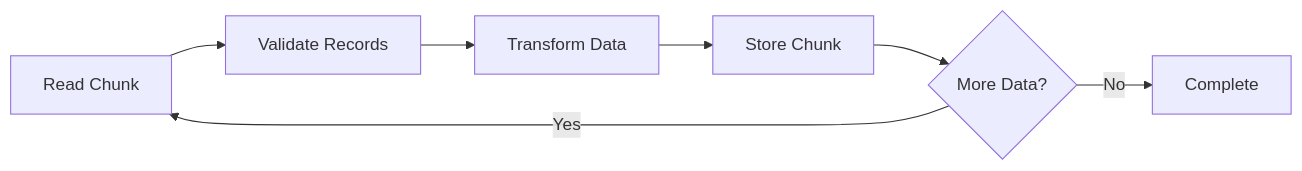
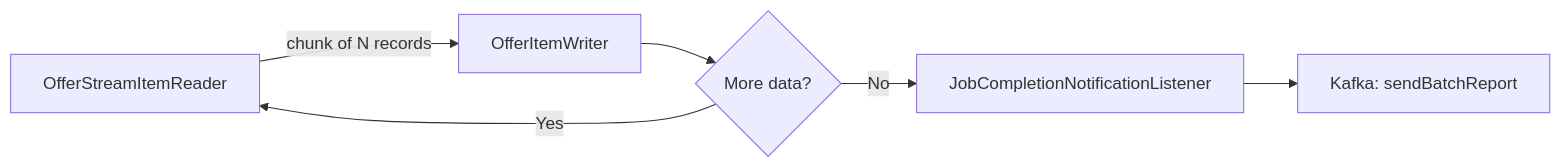
The fifth of 11 diagrams in ingestion-functional.MD (LiquidCars/lcIngestionAPI), drawn with Mermaid before and after one commit. The commit also changed other lines of this file, not shown here.

````diff
--- a/ingestion-functional.MD
+++ b/ingestion-functional.MD
@@ -238,9 +211,8 @@
 ```mermaid
 graph LR
-    A[Read Chunk] --> B[Validate Records]
-    B --> C[Transform Data]
-    C --> D[Store Chunk]
-    D --> E{More Data?}
-    E -->|Yes| A
-    E -->|No| F[Complete]
+    A[OfferStreamItemReader] -->|chunk of N records| B[OfferItemWriter]
+    B --> C{More data?}
+    C -->|Yes| A
+    C -->|No| D[JobCompletionNotificationListener]
+    D --> E[Kafka: sendBatchReport]
 ```
````
